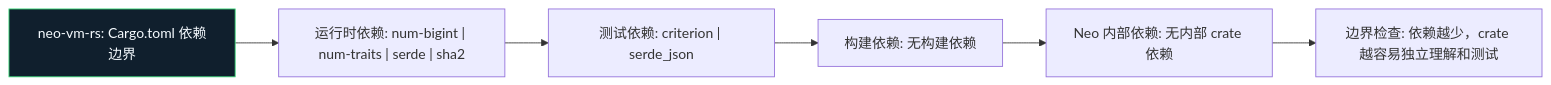
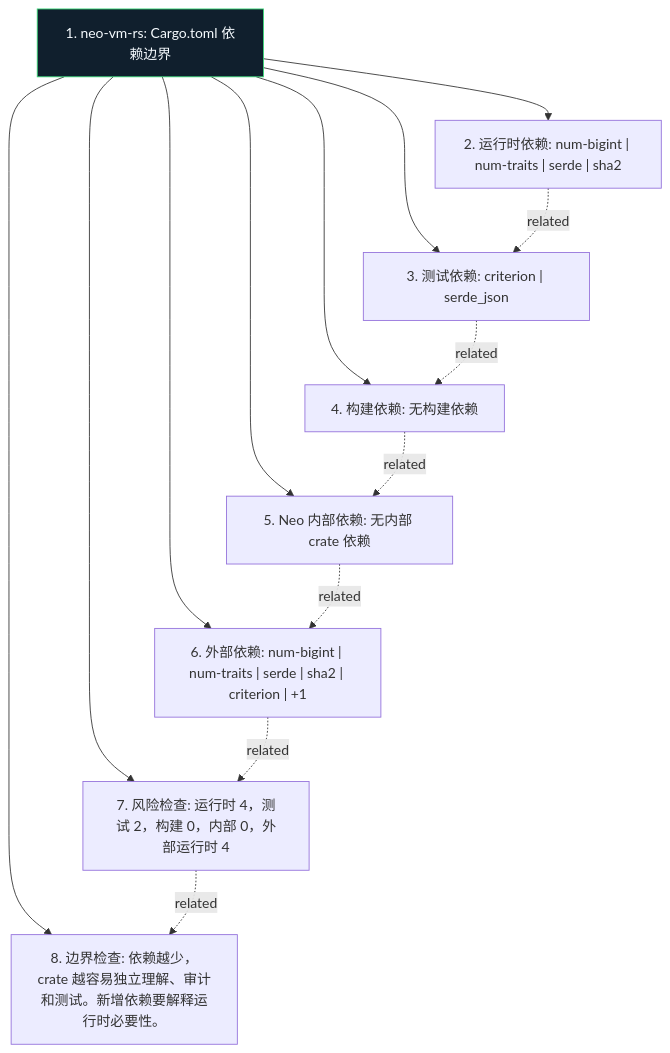
Before and after one commit to r3e-network/neo-vm-rs: the diagram in docs/figures/dependency-map.zh.mmd, drawn with Mermaid. The commit also changed 43 other files, not shown here.

Commit message:
Deepen crate diagrams with source-aware atlas

```diff
--- a/docs/figures/dependency-map.zh.mmd
+++ b/docs/figures/dependency-map.zh.mmd
@@ -1,14 +1,24 @@
-flowchart LR
-    N1["neo-vm-rs: Cargo.toml 依赖边界"]
-    N2["运行时依赖: num-bigint | num-traits | serde | sha2"]
-    N3["测试依赖: criterion | serde_json"]
-    N4["构建依赖: 无构建依赖"]
-    N5["Neo 内部依赖: 无内部 crate 依赖"]
-    N6["边界检查: 依赖越少，crate 越容易独立理解和测试"]
+flowchart TB
+    N1["1. neo-vm-rs: Cargo.toml 依赖边界"]
+    N2["2. 运行时依赖: num-bigint | num-traits | serde | sha2"]
+    N3["3. 测试依赖: criterion | serde_json"]
+    N4["4. 构建依赖: 无构建依赖"]
+    N5["5. Neo 内部依赖: 无内部 crate 依赖"]
+    N6["6. 外部依赖: num-bigint | num-traits | serde | sha2 | criterion | +1"]
+    N7["7. 风险检查: 运行时 4，测试 2，构建 0，内部 0，外部运行时 4"]
+    N8["8. 边界检查: 依赖越少，crate 越容易独立理解、审计和测试。新增依赖要解释运行时必要性。"]
     N1 --> N2
-    N2 --> N3
-    N3 --> N4
-    N4 --> N5
-    N5 --> N6
+    N1 --> N3
+    N1 --> N4
+    N1 --> N5
+    N1 --> N6
+    N1 --> N7
+    N1 --> N8
+    N2 -. related .-> N3
+    N3 -. related .-> N4
+    N4 -. related .-> N5
+    N5 -. related .-> N6
+    N6 -. related .-> N7
+    N7 -. related .-> N8
     classDef crate fill:#101f2d,stroke:#38d978,color:#f6fbff
     class N1 crate
```
